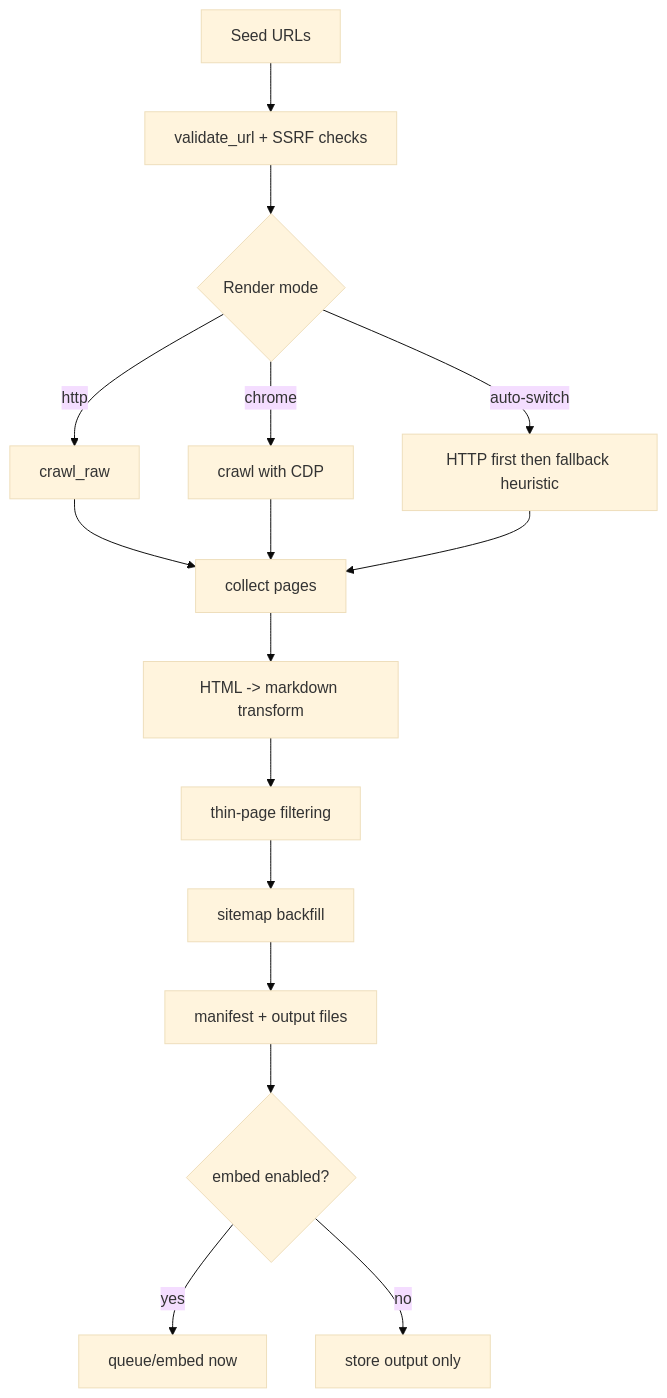
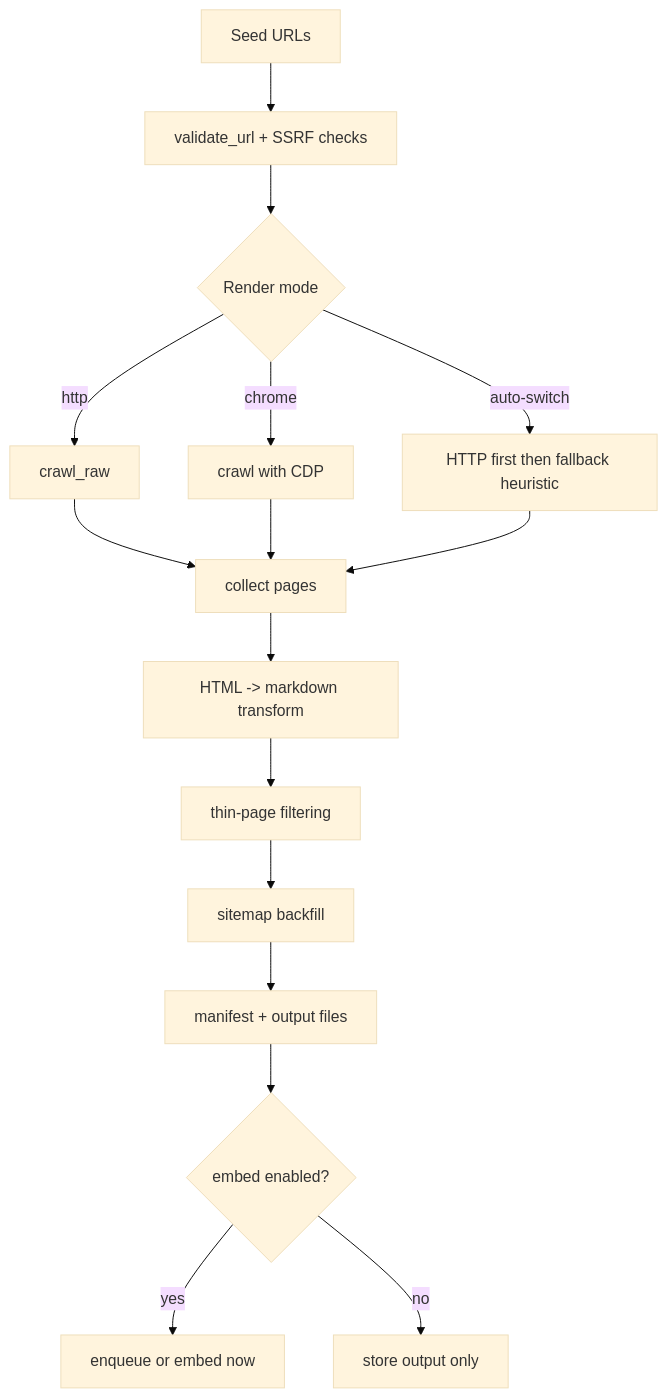
Before and after one commit to jmagar/axon: the fourth of 8 diagrams in docs/ARCHITECTURE.md, drawn with Mermaid (base theme). The commit also changed other lines of this file and 80 other files, not shown here.

````diff
--- a/docs/ARCHITECTURE.md
+++ b/docs/ARCHITECTURE.md
@@ -117,20 +117,20 @@
 ```mermaid
 flowchart TD
   A[Seed URLs] --> B[validate_url + SSRF checks]
   B --> C{Render mode}
   C -->|http| D[crawl_raw]
   C -->|chrome| E[crawl with CDP]
   C -->|auto-switch| F[HTTP first then fallback heuristic]
 
   D --> G[collect pages]
   E --> G
   F --> G
 
   G --> H[HTML -> markdown transform]
   H --> I[thin-page filtering]
   I --> J[sitemap backfill]
   J --> K[manifest + output files]
   K --> L{embed enabled?}
-  L -->|yes| M[queue/embed now]
+  L -->|yes| M[enqueue or embed now]
   L -->|no| N[store output only]
 ```
````
